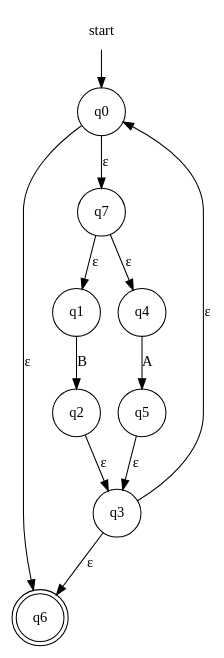
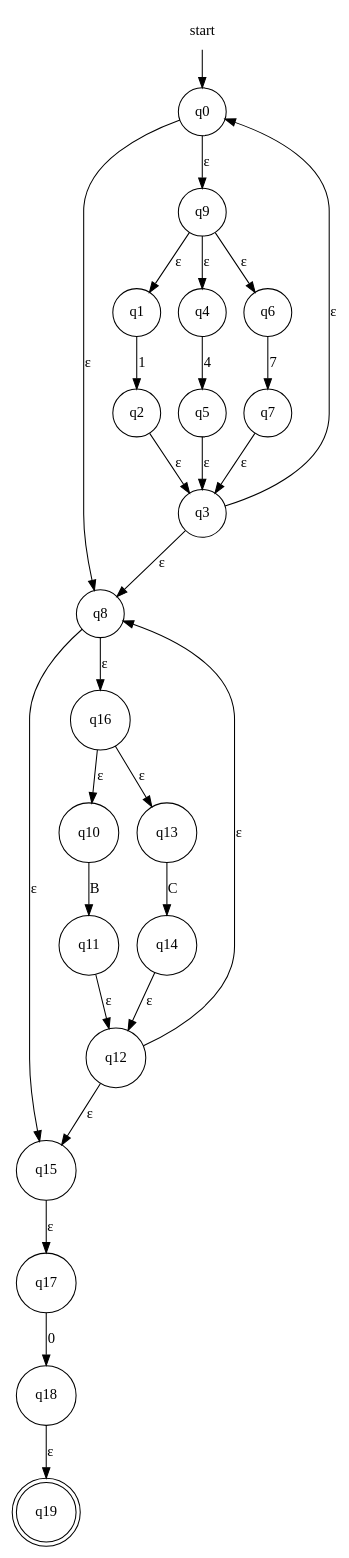
The diagram in fase1/RE-eNFA/regex_5.dot (evertheylen/TA_TO), drawn with Graphviz before and after one commit. The commit also changed 22 other files, not shown here.

Commit message:
Regex naar eNFA is nu product quality code, met comments, er is wel 1 conventie voor de input regex nl ==> concateneren moet gebeuren aan de hand van een . git add -A

```diff
--- a/fase1/RE-eNFA/regex_5.dot
+++ b/fase1/RE-eNFA/regex_5.dot
@@ -1,16 +1,32 @@
 digraph automaton {
     node [shape=none]; start;
-    node [shape=doublecircle]; "q6";
+    node [shape=doublecircle]; "q19";
     node [shape=circle];
     start -> "q0";
-    "q0" -> "q6" [label="&epsilon;"];
-    "q0" -> "q7" [label="&epsilon;"];
-    "q1" -> "q2" [label="B"];
+    "q0" -> "q8" [label="&epsilon;"];
+    "q0" -> "q9" [label="&epsilon;"];
+    "q1" -> "q2" [label="1"];
     "q2" -> "q3" [label="&epsilon;"];
     "q3" -> "q0" [label="&epsilon;"];
-    "q3" -> "q6" [label="&epsilon;"];
-    "q4" -> "q5" [label="A"];
+    "q3" -> "q8" [label="&epsilon;"];
+    "q4" -> "q5" [label="4"];
     "q5" -> "q3" [label="&epsilon;"];
-    "q7" -> "q1" [label="&epsilon;"];
-    "q7" -> "q4" [label="&epsilon;"];
+    "q6" -> "q7" [label="7"];
+    "q7" -> "q3" [label="&epsilon;"];
+    "q8" -> "q15" [label="&epsilon;"];
+    "q8" -> "q16" [label="&epsilon;"];
+    "q9" -> "q1" [label="&epsilon;"];
+    "q9" -> "q4" [label="&epsilon;"];
+    "q9" -> "q6" [label="&epsilon;"];
+    "q10" -> "q11" [label="B"];
+    "q11" -> "q12" [label="&epsilon;"];
+    "q12" -> "q8" [label="&epsilon;"];
+    "q12" -> "q15" [label="&epsilon;"];
+    "q13" -> "q14" [label="C"];
+    "q14" -> "q12" [label="&epsilon;"];
+    "q15" -> "q17" [label="&epsilon;"];
+    "q16" -> "q10" [label="&epsilon;"];
+    "q16" -> "q13" [label="&epsilon;"];
+    "q17" -> "q18" [label="0"];
+    "q18" -> "q19" [label="&epsilon;"];
 }
```
